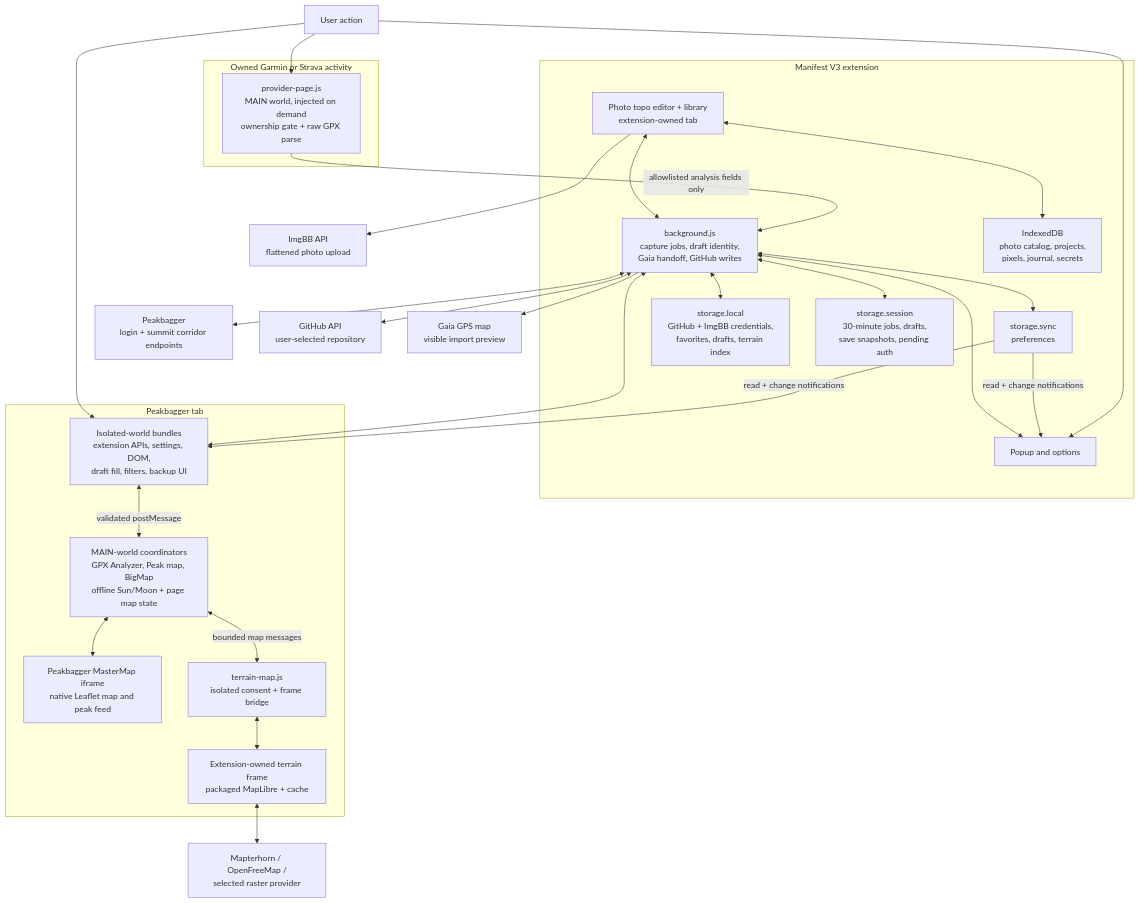
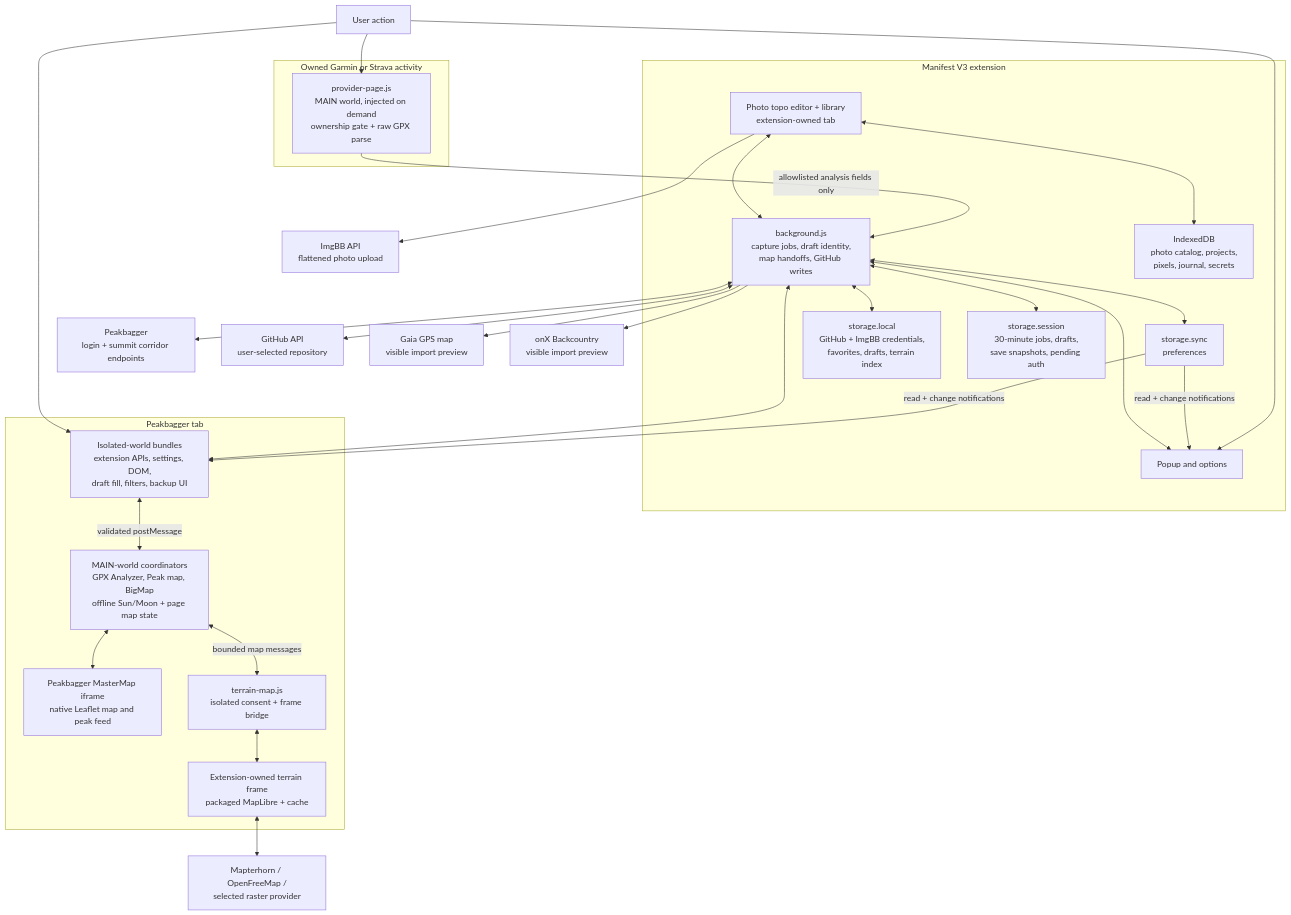
Before and after one commit to wilmtang/better-peakbagger: the first of 2 diagrams in docs/architecture.md, drawn with Mermaid. The commit also changed other lines of this file and 28 other files, not shown here.

First line of the commit message:
feat: add saved gpx handoff to onx backcountry

````diff
--- a/docs/architecture.md
+++ b/docs/architecture.md
@@ -15,55 +15,57 @@
 ```mermaid
 flowchart TB
     user["User action"]
 
     subgraph provider["Owned Garmin or Strava activity"]
         providerPage["provider-page.js<br/>MAIN world, injected on demand<br/>ownership gate + raw GPX parse"]
     end
 
     subgraph extension["Manifest V3 extension"]
         popup["Popup and options"]
-        worker["background.js<br/>capture jobs, draft identity,<br/>Gaia handoff, GitHub writes"]
+        worker["background.js<br/>capture jobs, draft identity,<br/>map handoffs, GitHub writes"]
         photoPage["Photo topo editor + library<br/>extension-owned tab"]
         photoDb["IndexedDB<br/>photo catalog, projects,<br/>pixels, journal, secrets"]
         sync["storage.sync<br/>preferences"]
         local["storage.local<br/>GitHub + ImgBB credentials,<br/>favorites, drafts, terrain index"]
         session["storage.session<br/>30-minute jobs, drafts,<br/>save snapshots, pending auth"]
     end
 
     subgraph peakbagger["Peakbagger tab"]
         isolated["Isolated-world bundles<br/>extension APIs, settings, DOM,<br/>draft fill, filters, backup UI"]
         main["MAIN-world coordinators<br/>GPX Analyzer, Peak map, BigMap<br/>offline Sun/Moon + page map state"]
         master["Peakbagger MasterMap iframe<br/>native Leaflet map and peak feed"]
         terrainBridge["terrain-map.js<br/>isolated consent + frame bridge"]
         terrainFrame["Extension-owned terrain frame<br/>packaged MapLibre + cache"]
     end
 
     peakApi["Peakbagger<br/>login + summit corridor endpoints"]
     imgbb["ImgBB API<br/>flattened photo upload"]
     github["GitHub API<br/>user-selected repository"]
     gaia["Gaia GPS map<br/>visible import preview"]
+    onx["onX Backcountry<br/>visible import preview"]
     tiles["Mapterhorn / OpenFreeMap /<br/>selected raster provider"]
 
     user --> providerPage
     user --> isolated
     user --> popup
     providerPage -- "allowlisted analysis fields only" --> worker
     isolated <--> worker
     popup <--> worker
     photoPage <--> worker
     photoPage <--> photoDb
     photoPage --> imgbb
     sync -- "read + change notifications" --> popup
     sync -- "read + change notifications" --> isolated
     worker <--> sync
     worker <--> session
     worker <--> local
     worker <--> peakApi
     worker <--> github
     worker --> gaia
+    worker --> onx
     isolated <-->|"validated postMessage"| main
     main <--> master
     main <-->|"bounded map messages"| terrainBridge
     terrainBridge <--> terrainFrame
     terrainFrame <--> tiles
 ```
````
